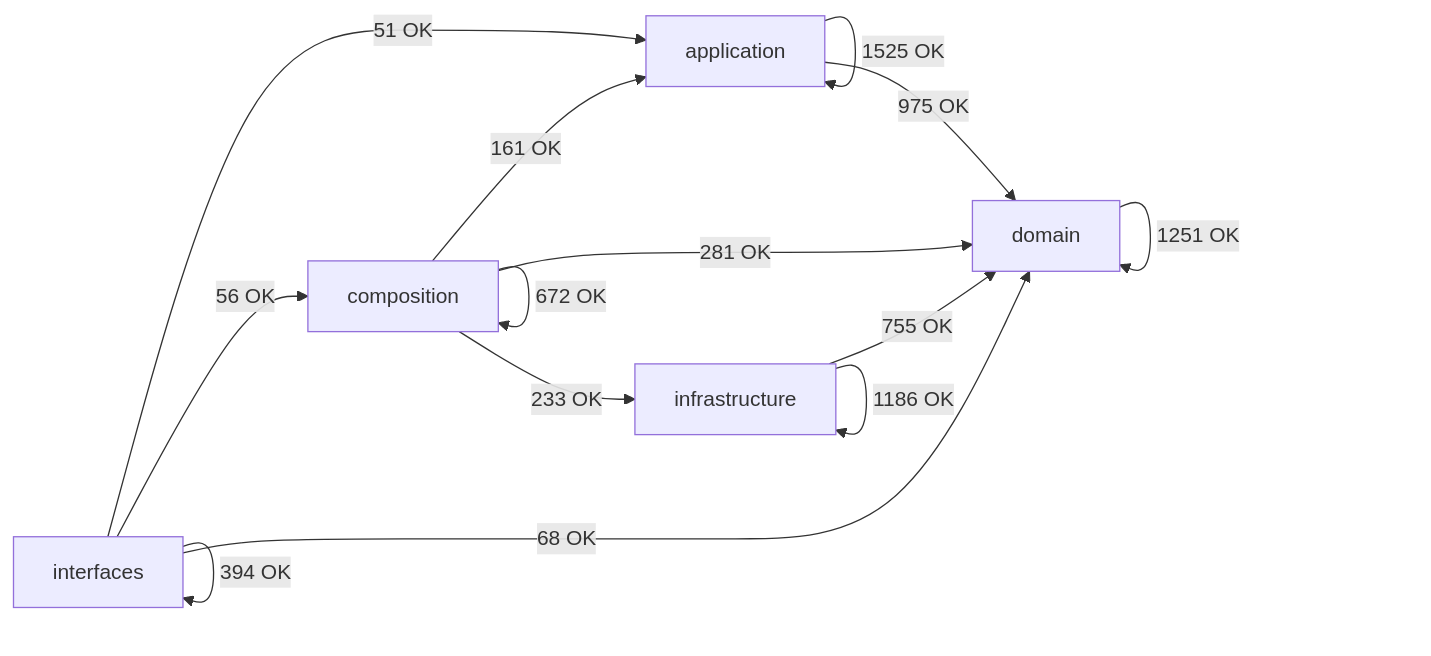
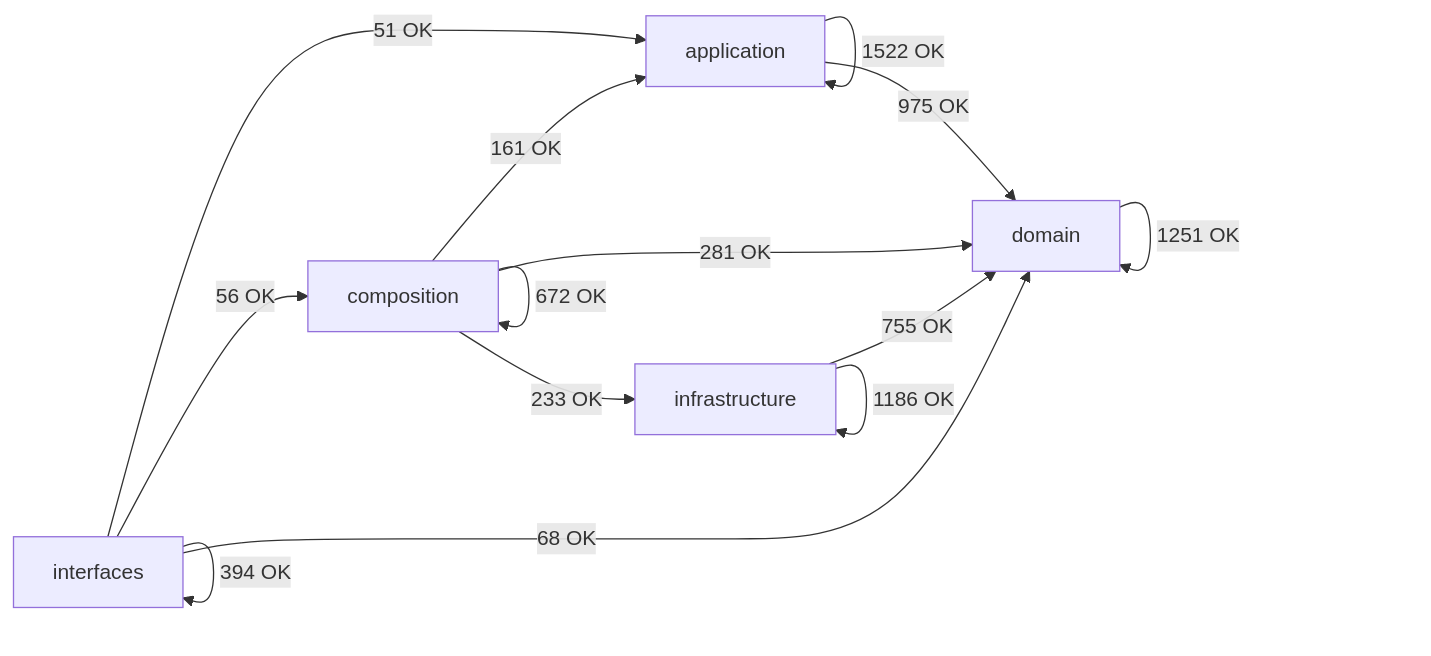
One commit to SatoryKono/BioactivityDataAcquisition changed the diagram in docs/02-architecture/generated/module-dependency-map.md. Above: the diagram before and after it, drawn with Mermaid. The commit also changed other lines of this file and 47 other files, not shown here.

````diff
--- a/docs/02-architecture/generated/module-dependency-map.md
+++ b/docs/02-architecture/generated/module-dependency-map.md
@@ -17,21 +17,21 @@
 ```mermaid
 flowchart LR
     domain[domain]
     application[application]
     infrastructure[infrastructure]
     composition[composition]
     interfaces[interfaces]
-    application -->|1525 OK| application
+    application -->|1522 OK| application
     application -->|975 OK| domain
     composition -->|161 OK| application
     composition -->|672 OK| composition
     composition -->|281 OK| domain
     composition -->|233 OK| infrastructure
     domain -->|1251 OK| domain
     infrastructure -->|755 OK| domain
     infrastructure -->|1186 OK| infrastructure
     interfaces -->|51 OK| application
     interfaces -->|56 OK| composition
     interfaces -->|68 OK| domain
     interfaces -->|394 OK| interfaces
 ```
````
